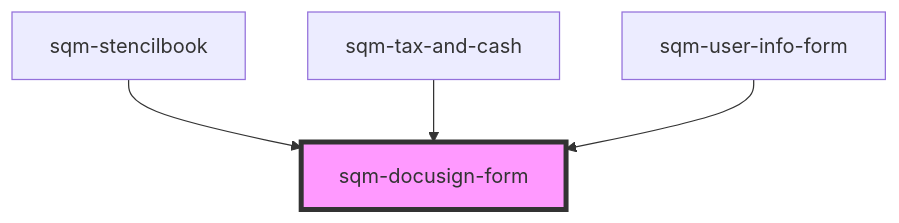
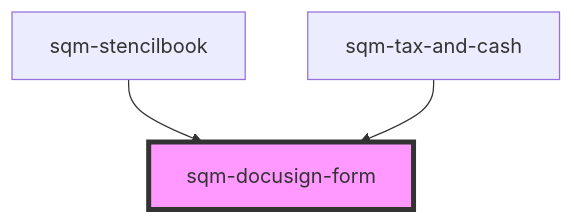
One commit to saasquatch/program-tools changed the diagram in packages/mint-components/src/components/tax-and-cash/sqm-docusign-form/readme.md. Above: the diagram before and after it, drawn with Mermaid. The commit also changed other lines of this file and 28 other files, not shown here.

Commit message:
fix code splitting for sqm-user-info-form

````diff
--- a/packages/mint-components/src/components/tax-and-cash/sqm-docusign-form/readme.md
+++ b/packages/mint-components/src/components/tax-and-cash/sqm-docusign-form/readme.md
@@ -44,7 +43,6 @@
 ```mermaid
 graph TD;
   sqm-stencilbook --> sqm-docusign-form
   sqm-tax-and-cash --> sqm-docusign-form
-  sqm-user-info-form --> sqm-docusign-form
   style sqm-docusign-form fill:#f9f,stroke:#333,stroke-width:4px
 ```
````
